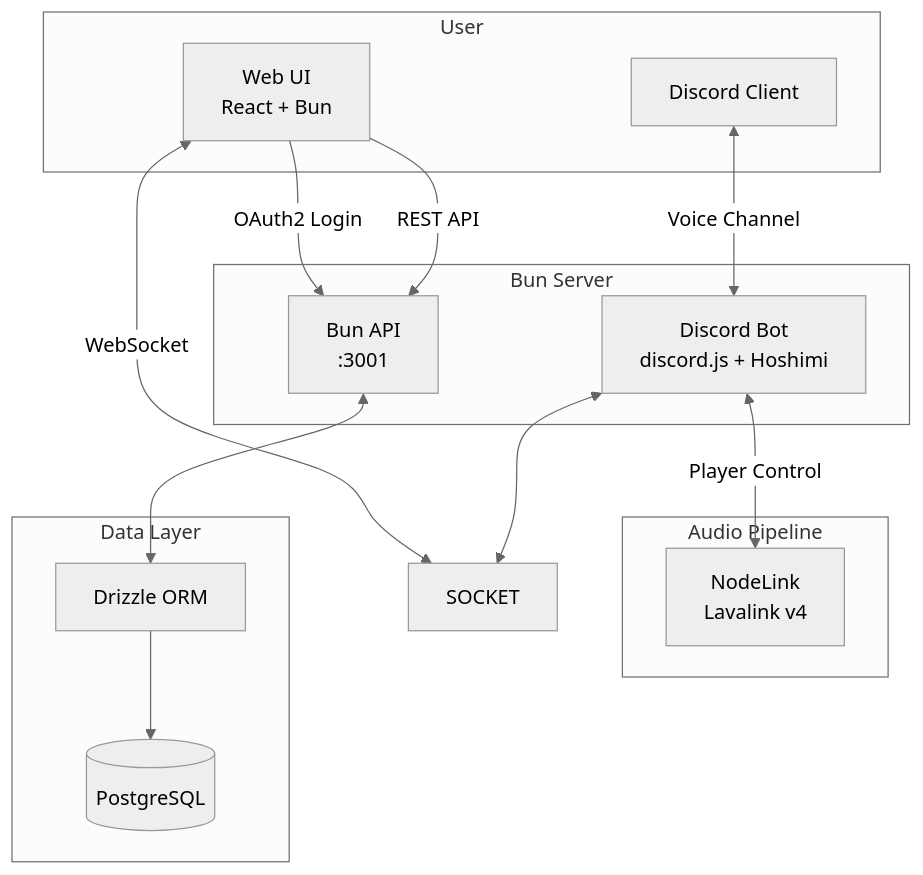
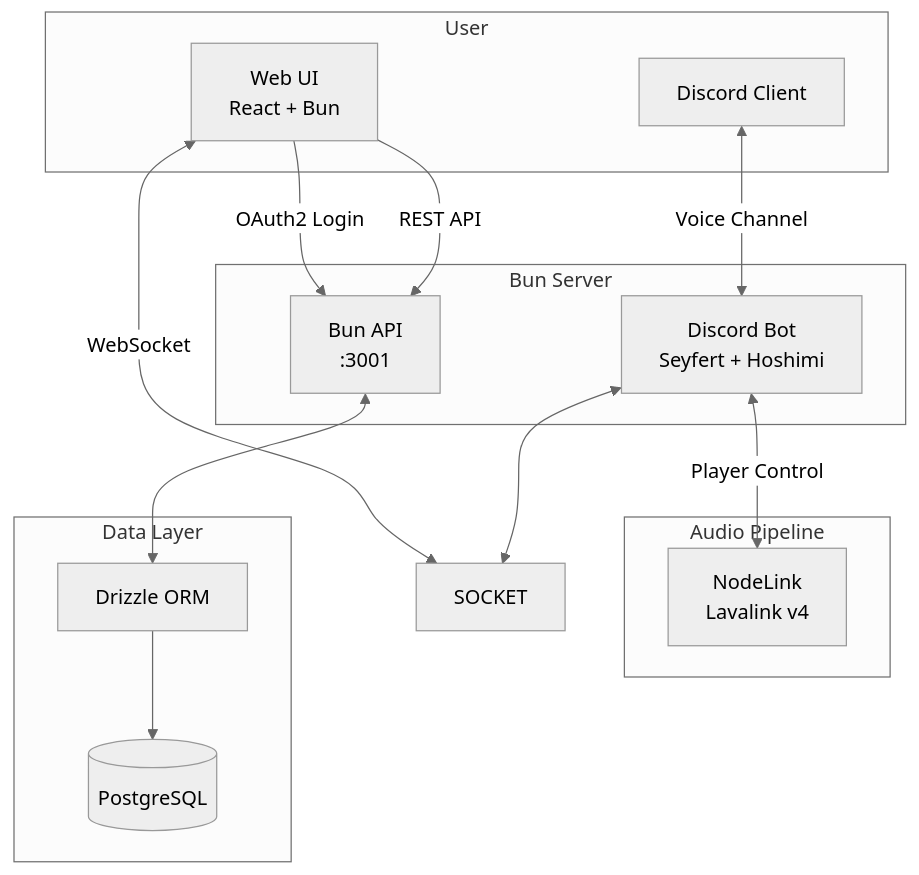
One commit to ebears/alfira-bot changed the diagram in docs/tech-stack.md. Above: the diagram before and after it, drawn with Mermaid (neutral theme). The commit also changed other lines of this file and 7 other files, not shown here.

First line of the commit message:
docs: update discord.js references to Seyfert

````diff
--- a/docs/tech-stack.md
+++ b/docs/tech-stack.md
@@ -18,37 +18,37 @@
 ```mermaid
 flowchart TB
     subgraph User
         WEB[Web UI<br/>React + Bun]
         DISC[Discord Client]
     end
 
     subgraph Server["Bun Server"]
         API[Bun API<br/>:3001]
-        BOT[Discord Bot<br/>discord.js + Hoshimi]
+        BOT[Discord Bot<br/>Seyfert + Hoshimi]
     end
 
     subgraph Audio["Audio Pipeline"]
         NL[NodeLink<br/>Lavalink v4]
     end
 
     subgraph Data["Data Layer"]
         DRIZZLE[Drizzle ORM]
         PG[(PostgreSQL)]
     end
 
     %% User interactions
     WEB -->|OAuth2 Login| API
     WEB -->|REST API| API
     WEB <-->|WebSocket| SOCKET
     DISC <-->|Voice Channel| BOT
 
     %% Server internal
     API <--> DRIZZLE
     BOT <--> SOCKET
 
     %% Audio pipeline
     BOT <-->|Player Control| NL
 
     %% Database
     DRIZZLE --> PG
 ```
````
